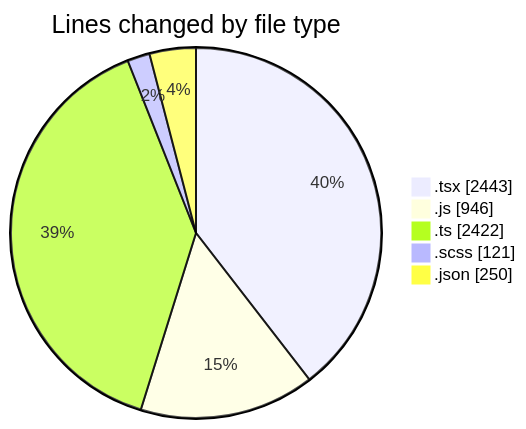
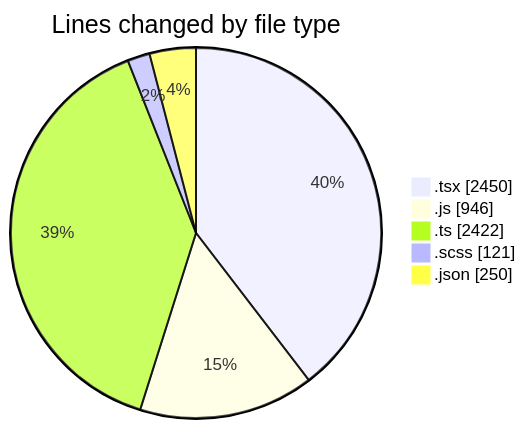
Before and after one commit to momahboobian/code-tracking: the first of 2 diagrams in 2026-07-20/cda/README.md, drawn with Mermaid. The commit also changed other lines of this file and 1 other file, not shown here.

````diff
--- a/2026-07-20/cda/README.md
+++ b/2026-07-20/cda/README.md
@@ -52,9 +52,9 @@
 ```mermaid
 pie showData
 title Lines changed by file type
-".tsx" : 2443
+".tsx" : 2450
 ".js" : 946
 ".ts" : 2422
 ".scss" : 121
 ".json" : 250
 ```
````
